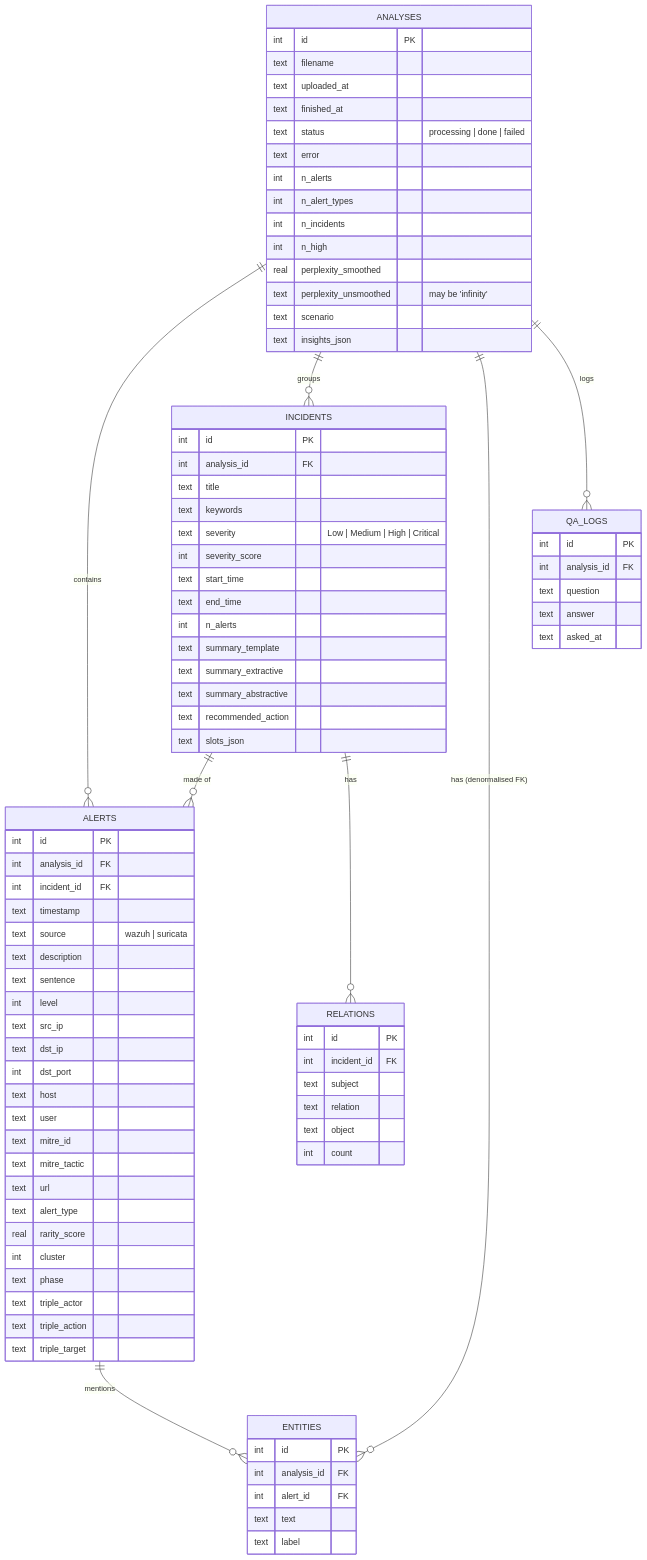
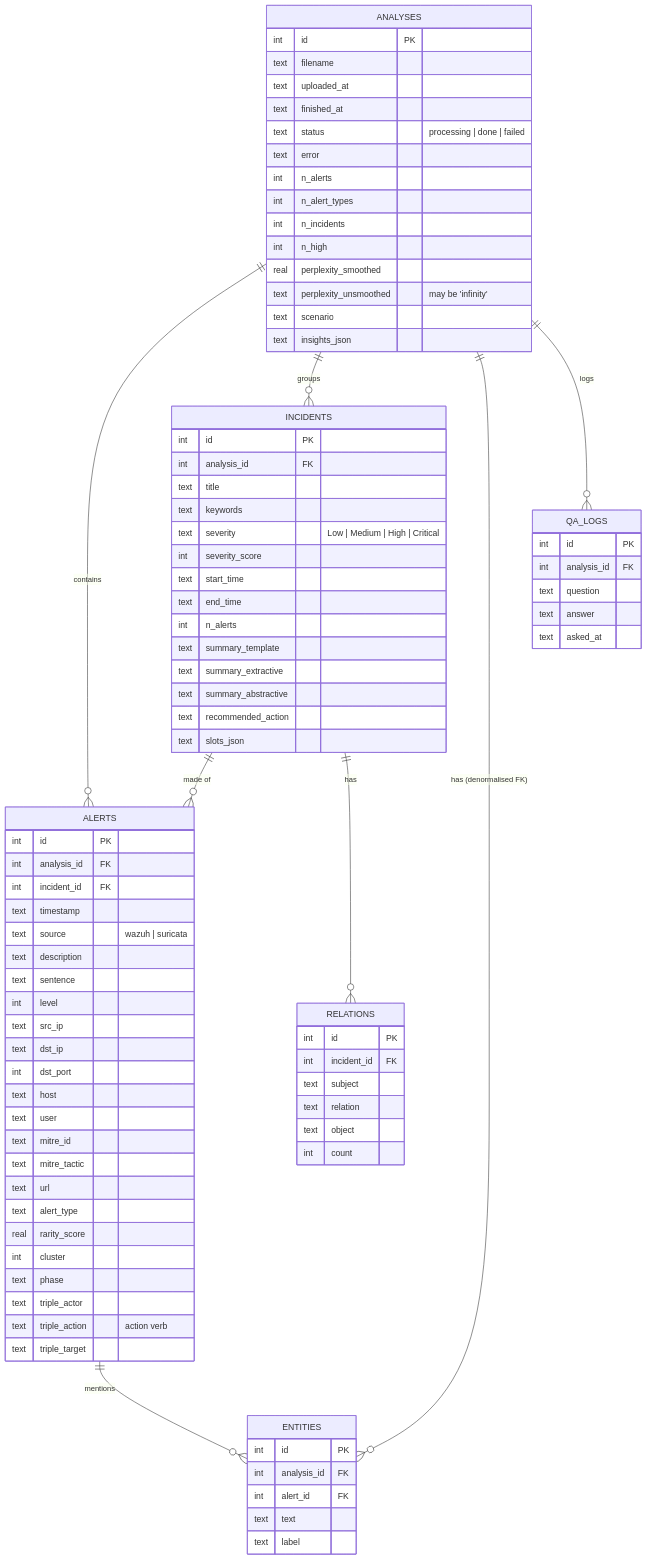
The diagram in docs/DATABASE.md (Abin-Shaji-Thomas/Cybersecurity-Alert-Summarizer), drawn with Mermaid before and after one commit. The commit also changed 23 other files, not shown here.

```diff
--- a/docs/DATABASE.md
+++ b/docs/DATABASE.md
@@ -71,7 +71,7 @@
         int cluster
         text phase
         text triple_actor
-        text triple_action
+        text triple_action "action verb"
         text triple_target
     }
     ENTITIES {
```
